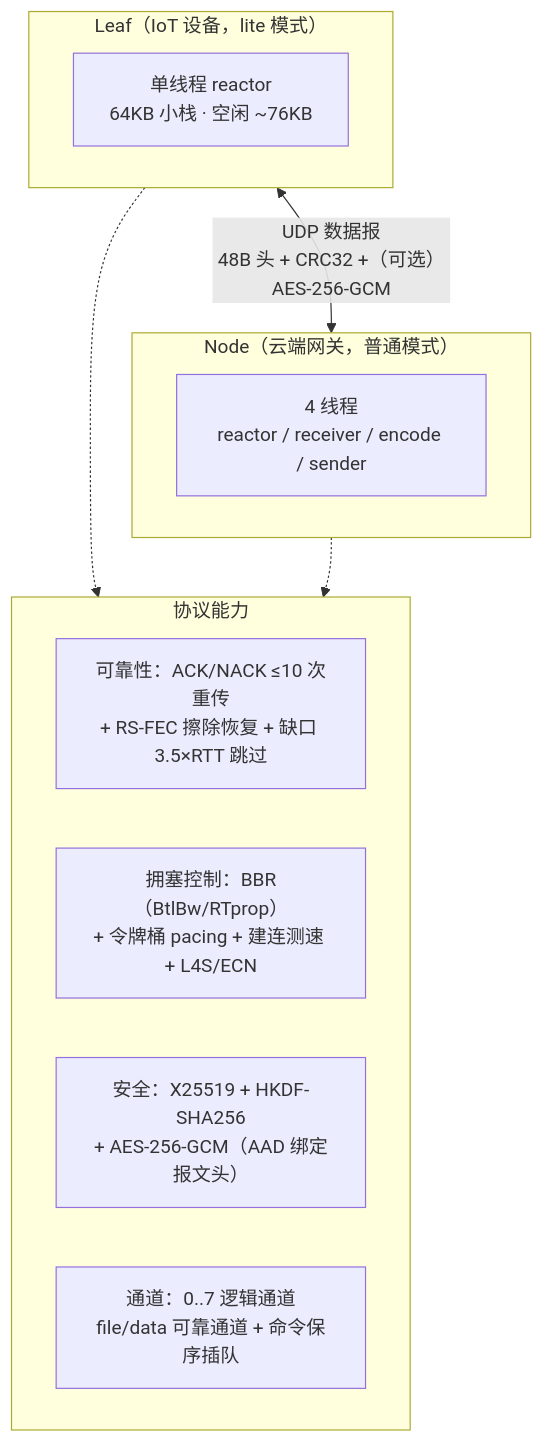
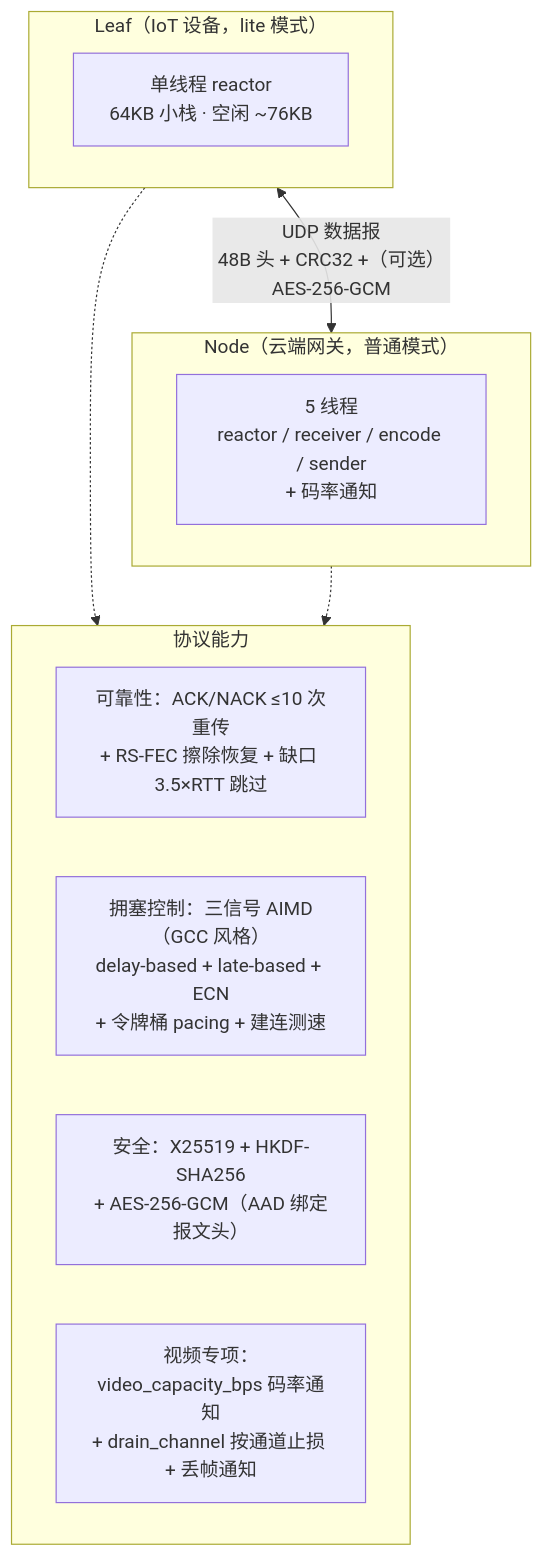
Before and after one commit to arrayforward/tight: the diagram in README.md, drawn with Mermaid. The commit also changed other lines of this file and 17 other files, not shown here.

````diff
--- a/README.md
+++ b/README.md
@@ -12,18 +12,18 @@
 ```mermaid
 flowchart TB
     subgraph Leaf["Leaf（IoT 设备，lite 模式）"]
         L1["单线程 reactor<br/>64KB 小栈 · 空闲 ~76KB"]
     end
     subgraph Node["Node（云端网关，普通模式）"]
-        N1["4 线程<br/>reactor / receiver / encode / sender"]
+        N1["5 线程<br/>reactor / receiver / encode / sender<br/>+ 码率通知"]
     end
     Leaf <-->|"UDP 数据报<br/>48B 头 + CRC32 +（可选）AES-256-GCM"| Node
     subgraph Proto["协议能力"]
         P1["可靠性：ACK/NACK ≤10 次重传<br/>+ RS-FEC 擦除恢复 + 缺口 3.5×RTT 跳过"]
-        P2["拥塞控制：BBR（BtlBw/RTprop）<br/>+ 令牌桶 pacing + 建连测速 + L4S/ECN"]
+        P2["拥塞控制：三信号 AIMD（GCC 风格）<br/>delay-based + late-based + ECN<br/>+ 令牌桶 pacing + 建连测速"]
         P3["安全：X25519 + HKDF-SHA256<br/>+ AES-256-GCM（AAD 绑定报文头）"]
-        P4["通道：0..7 逻辑通道<br/>file/data 可靠通道 + 命令保序插队"]
+        P4["视频专项：video_capacity_bps 码率通知<br/>+ drain_channel 按通道止损 + 丢帧通知"]
     end
     Leaf -.-> Proto
     Node -.-> Proto
 ```
````
